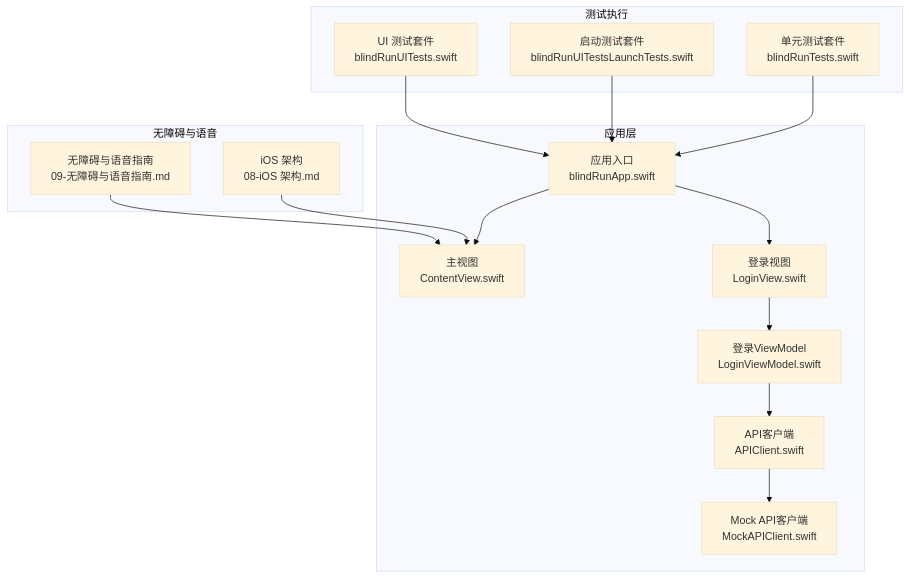
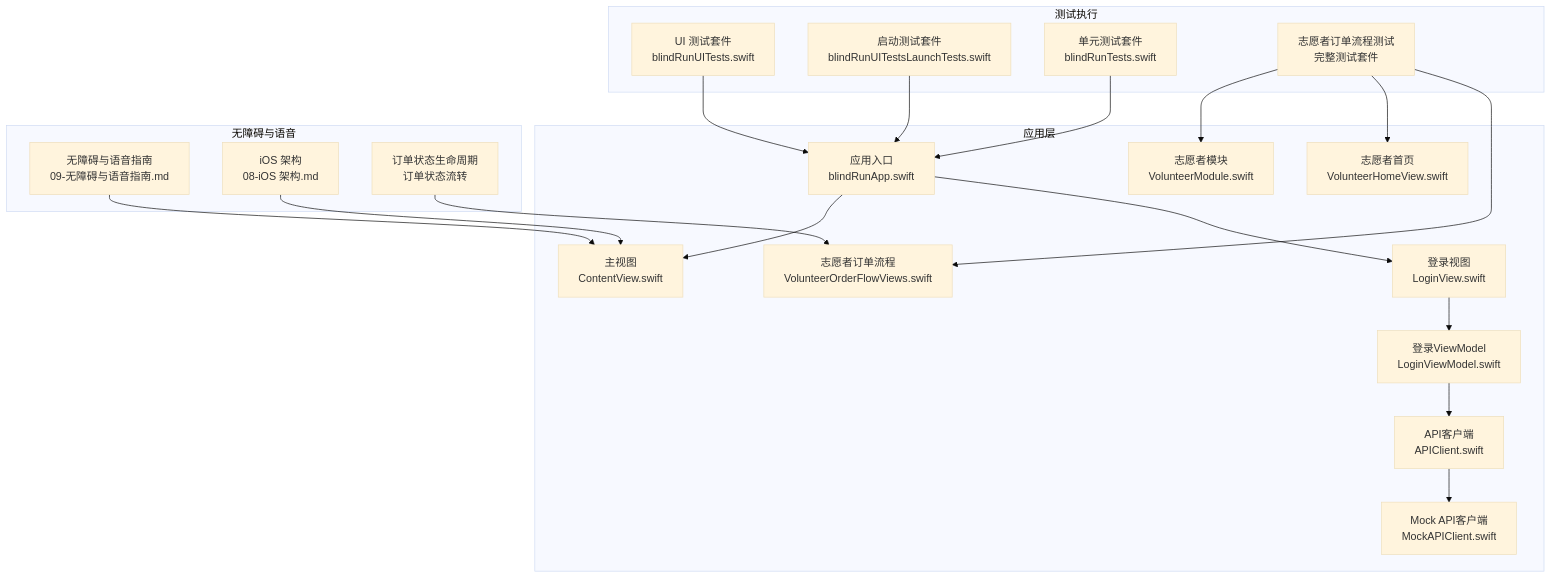
One commit to Jayden23018/blind-run-ios changed the second of 6 diagrams in .qoder/repowiki/zh/content/测试策略/UI 自动化测试.md. Above: the diagram before and after it, drawn with Mermaid (base theme). The commit also changed other lines of this file and 8 other files, not shown here.

````diff
--- a/.qoder/repowiki/zh/content/测试策略/UI 自动化测试.md
+++ b/.qoder/repowiki/zh/content/测试策略/UI 自动化测试.md
@@ -89,30 +99,39 @@
 ```mermaid
 graph TB
 subgraph "测试执行"
 UT["UI 测试套件<br/>blindRunUITests.swift"]
 LT["启动测试套件<br/>blindRunUITestsLaunchTests.swift"]
 CT["单元测试套件<br/>blindRunTests.swift"]
+VOT["志愿者订单流程测试<br/>完整测试套件"]
 end
 subgraph "应用层"
 APP["应用入口<br/>blindRunApp.swift"]
 VIEW["主视图<br/>ContentView.swift"]
 LOGIN["登录视图<br/>LoginView.swift"]
 VM["登录ViewModel<br/>LoginViewModel.swift"]
 API["API客户端<br/>APIClient.swift"]
 MOCK["Mock API客户端<br/>MockAPIClient.swift"]
+VOLMODULE["志愿者模块<br/>VolunteerModule.swift"]
+VOLHOME["志愿者首页<br/>VolunteerHomeView.swift"]
+VOLFLOW["志愿者订单流程<br/>VolunteerOrderFlowViews.swift"]
 end
 subgraph "无障碍与语音"
 ACC["无障碍与语音指南<br/>09-无障碍与语音指南.md"]
 ARCH["iOS 架构<br/>08-iOS 架构.md"]
+ENDPOINT["订单状态生命周期<br/>订单状态流转"]
 end
 UT --> APP
 LT --> APP
 CT --> APP
+VOT --> VOLMODULE
+VOT --> VOLHOME
+VOT --> VOLFLOW
 APP --> VIEW
 APP --> LOGIN
 LOGIN --> VM
 VM --> API
 API --> MOCK
 ACC --> VIEW
 ARCH --> VIEW
+ENDPOINT --> VOLFLOW
 ```
````
